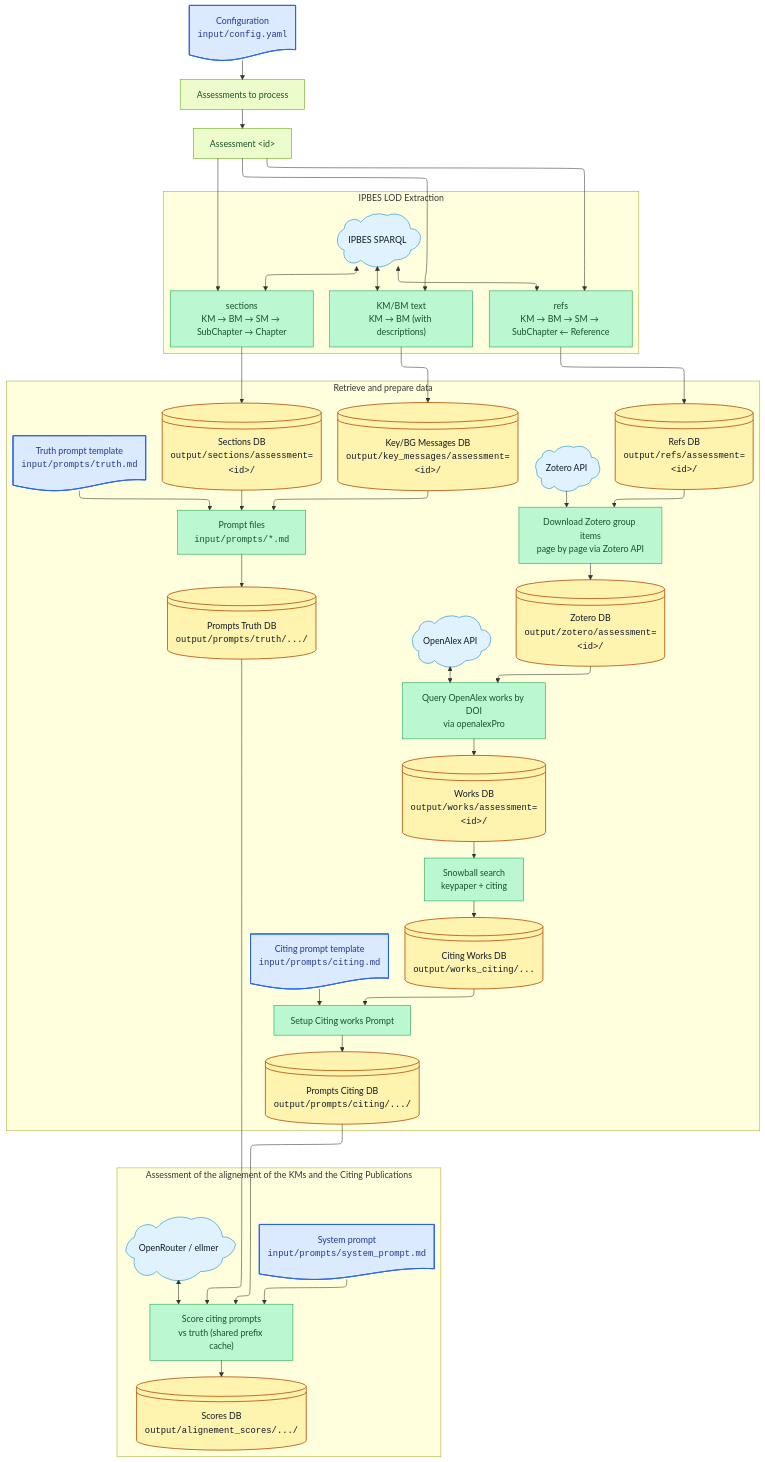
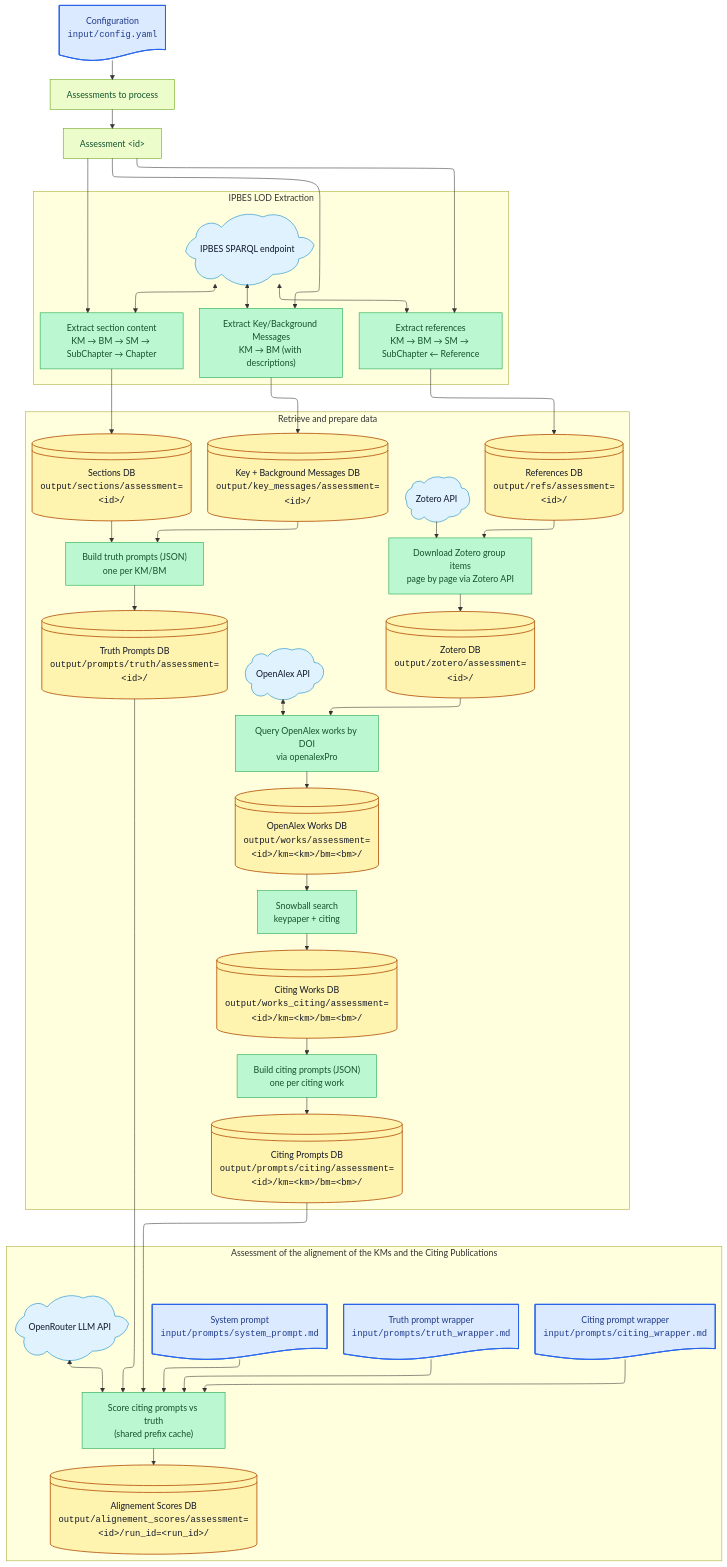
The diagram in input/mmd/workflow.mmd (IPBES-Data/IPBES_BM_Fact_Checker), drawn with Mermaid before and after one commit. The commit also changed 16 other files, not shown here.

```diff
--- a/input/mmd/workflow.mmd
+++ b/input/mmd/workflow.mmd
@@ -1,142 +1,137 @@
 ---
 config:
   layout: elk
   elk:
     nodePlacementStrategy: BRANDES_KOEPF
 ---
 flowchart TD
 
   %% Configuration
   config_file@{ shape: doc, label: "Configuration <br><tt>input/config.yaml</tt>" }
   assessment_list@{ shape: rect, label: "Assessments to process" }
   assessment_id@{ shape: rect, label: "Assessment &lt;id&gt;" }
 
   config_file --> assessment_list
   assessment_list --> assessment_id
   assessment_id --> build_refs
 
   %% LOD Extraction — grouped so the three parallel queries stay in one horizontal band
   subgraph lod["IPBES LOD Extraction"]
     direction TB
 
     %% Nodes
-    sparql@{ shape: cloud, label: "IPBES SPARQL" }
-    build_refs@{ shape: rect, label: "refs<br/>KM → BM → SM → SubChapter ← Reference" }
-    build_sections@{ shape: rect, label: "sections<br/>KM → BM → SM → SubChapter → Chapter" }
-    build_key_messages@{ shape: rect, label: "KM/BM text<br/>KM → BM (with descriptions)" }
+    sparql@{ shape: cloud, label: "IPBES SPARQL endpoint" }
+    build_refs@{ shape: rect, label: "Extract references<br/>KM → BM → SM → SubChapter ← Reference" }
+    build_sections@{ shape: rect, label: "Extract section content<br/>KM → BM → SM → SubChapter → Chapter" }
+    build_key_messages@{ shape: rect, label: "Extract Key/Background Messages<br/>KM → BM (with descriptions)" }
 
     %% Edges
     sparql <--> build_refs
     sparql <--> build_sections
     sparql <--> build_key_messages
   end
 
   assessment_id --> build_sections
   assessment_id --> build_key_messages
 
   subgraph data["Retrieve and prepare data"]
     direction TD
 
     %% Nodes
-    refs_db@{ shape: lin-cyl, label: "Refs DB<br/><tt>output/refs/assessment=&lt;id&gt;/</tt>" }
+    refs_db@{ shape: lin-cyl, label: "References DB<br/><tt>output/refs/assessment=&lt;id&gt;/</tt>" }
     sections_db@{ shape: lin-cyl, label: "Sections DB<br/><tt>output/sections/assessment=&lt;id&gt;/</tt>" }
-    key_messages_db@{ shape: lin-cyl, label: "Key/BG Messages DB<br/><tt>output/key_messages/assessment=&lt;id&gt;/</tt>" }
+    key_messages_db@{ shape: lin-cyl, label: "Key + Background Messages DB<br/><tt>output/key_messages/assessment=&lt;id&gt;/</tt>" }
     zotero_api@{ shape: cloud, label: "Zotero API" }
     zotero_db@{ shape: lin-cyl, label: "Zotero DB<br/><tt>output/zotero/assessment=&lt;id&gt;/</tt>" }
     openalex@{ shape: cloud, label: "OpenAlex API" }
-    works_db@{ shape: lin-cyl, label: "Works DB<br/><tt>output/works/assessment=&lt;id&gt;/</tt>" }
-    citing_db@{ shape: lin-cyl, label: "Citing Works DB<br/><tt>output/works_citing/...</tt>" }
-    prompts_truth_db@{ shape: lin-cyl, label: "Prompts Truth DB<br/><tt>output/prompts/truth/.../</tt>" }
-    prompts_citing_db@{ shape: lin-cyl, label: "Prompts Citing DB<br/><tt>output/prompts/citing/.../</tt>" }
+    works_db@{ shape: lin-cyl, label: "OpenAlex Works DB<br/><tt>output/works/assessment=&lt;id&gt;/km=&lt;km&gt;/bm=&lt;bm&gt;/</tt>" }
+    citing_db@{ shape: lin-cyl, label: "Citing Works DB<br/><tt>output/works_citing/assessment=&lt;id&gt;/km=&lt;km&gt;/bm=&lt;bm&gt;/</tt>" }
+    prompts_truth_db@{ shape: lin-cyl, label: "Truth Prompts DB<br/><tt>output/prompts/truth/assessment=&lt;id&gt;/</tt>" }
+    prompts_citing_db@{ shape: lin-cyl, label: "Citing Prompts DB<br/><tt>output/prompts/citing/assessment=&lt;id&gt;/km=&lt;km&gt;/bm=&lt;bm&gt;/</tt>" }
     download_zotero@{ shape: rect, label: "Download Zotero group items<br/>page by page via Zotero API" }
     download_works@{ shape: rect, label: "Query OpenAlex works by DOI<br/>via openalexPro" }
     snowball@{ shape: rect, label: "Snowball search<br/>keypaper + citing" }
-    truth_prompt@{ shape: doc, label: "Truth prompt template<br/><tt>input/prompts/truth.md</tt>" }
-    citing_prompt@{ shape: doc, label: "Citing prompt template<br/><tt>input/prompts/citing.md</tt>" }
 
-
-    prompts_truth@{ shape: rect, label: "Prompt files<br/><tt>input/prompts/*.md</tt>" }
-    prompts_citing@{ shape: rect, label: "Setup Citing works Prompt" }
-    
-    %% analysis_runs["analysis.runs"]
-    %% alignement["Score works vs KM<br/>OpenRouter / ellmer"]
+    prompts_truth@{ shape: rect, label: "Build truth prompts (JSON)<br/>one per KM/BM" }
+    prompts_citing@{ shape: rect, label: "Build citing prompts (JSON)<br/>one per citing work" }
 
 
     %% Edges
     build_refs        --> refs_db
     build_sections    --> sections_db
     build_key_messages --> key_messages_db
 
     %% Download spine
     refs_db --> download_zotero
     zotero_api --> download_zotero
     download_zotero --> zotero_db
 
     zotero_db --> download_works
     openalex <--> download_works
     download_works --> works_db
 
     %% AI alignment scoring
-    %% analysis_runs --> prompts_citing
     works_db --> snowball
     snowball --> citing_db
 
     key_messages_db --> prompts_truth
     %% works_db --> prompts_truth
     sections_db --> prompts_truth
-    truth_prompt --> prompts_truth
     prompts_truth --> prompts_truth_db
 
     citing_db --> prompts_citing
-    citing_prompt --> prompts_citing
     prompts_citing --> prompts_citing_db
 
 
   end
 
   subgraph ai_assessment["Assessment of the alignement of the KMs and the Citing Publications"]
     direction TB
 
     %% Nodes
     system_prompt@{ shape: doc, label: "System prompt<br/><tt>input/prompts/system_prompt.md</tt>" }
-    openrouter@{ shape: cloud, label: "OpenRouter / ellmer" }
-    alignement_scoring@{ shape: rect, label: "Score citing prompts<br/>vs truth (shared prefix cache)" }
-    scores_db@{ shape: lin-cyl, label: "Scores DB<br/><tt>output/alignement_scores/.../</tt>" }
+    truth_wrapper@{ shape: doc, label: "Truth prompt wrapper<br/><tt>input/prompts/truth_wrapper.md</tt>" }
+    citing_wrapper@{ shape: doc, label: "Citing prompt wrapper<br/><tt>input/prompts/citing_wrapper.md</tt>" }
+    openrouter@{ shape: cloud, label: "OpenRouter LLM API" }
+    alignement_scoring@{ shape: rect, label: "Score citing prompts vs truth<br/>(shared prefix cache)" }
+    scores_db@{ shape: lin-cyl, label: "Alignement Scores DB<br/><tt>output/alignement_scores/assessment=&lt;id&gt;/run_id=&lt;run_id&gt;/</tt>" }
 
     %% Edges
     system_prompt --> alignement_scoring
+    truth_wrapper --> alignement_scoring
+    citing_wrapper --> alignement_scoring
     openrouter <--> alignement_scoring
     alignement_scoring --> scores_db
   end
 
   %% Force `ai_assessment` to sit below `data` (subgraph-to-subgraph edge).
   %% Made invisible via linkStyle below so it doesn't add visual noise.
   data --> ai_assessment
 
   prompts_truth_db --> alignement_scoring
   prompts_citing_db --> alignement_scoring
 
   %% Resolution
   %% works_db    --> resolve_citations["Resolve inline (Author, Year) citations<br/>to OpenAlex W-IDs"]
   %% zotero_db   --> resolve_citations
   %% sections_db --> resolve_citations
   %% resolve_citations --> resolved_sections_db@{ shape: lin-cyl, label: "Resolved Sections DB<br/><tt>output/resolved_sections/assessment=&lt;id&gt;/</tt>" }
 
   %% Styles
   classDef input_file  fill:#dbeafe,stroke:#2563eb,color:#1e3a8a,stroke-width:1.5px;
   classDef config      fill:#ecfccb,stroke:#65a30d,color:#14532d,stroke-width:1px;
   classDef database    fill:#fff3b0,stroke:#b45309,color:#111827,stroke-width:1.5px;
   classDef processing  fill:#bbf7d0,stroke:#16a34a,color:#14532d,stroke-width:1px;
   classDef helper      fill:#e0f2fe,stroke:#0284c7,color:#0f172a,stroke-width:1px;
   classDef disabled    fill:#f1f5f9,stroke:#94a3b8,color:#64748b,stroke-width:1px,stroke-dasharray:4 3;
 
   %% Hide the data → ai_assessment subgraph-level constraint edge (index 29).
   %% If you add or remove edges above, bump this index.
   linkStyle 29 stroke:transparent,fill:none;
 
   class config_file input_file;
   class assessment_list,assessment_id config;
   class citing_db,refs_db,sections_db,key_messages_db,zotero_db,works_db,prompts_truth_db,prompts_citing_db,scores_db database;
   class build_refs,build_sections,build_key_messages,download_zotero,download_works,snowball,prompts_truth,prompts_citing,alignement_scoring processing;
   class sparql,zotero_api,openalex,openrouter helper;
-  class system_prompt,truth_prompt,citing_prompt input_file;
+  class system_prompt,truth_wrapper,citing_wrapper input_file;
```
